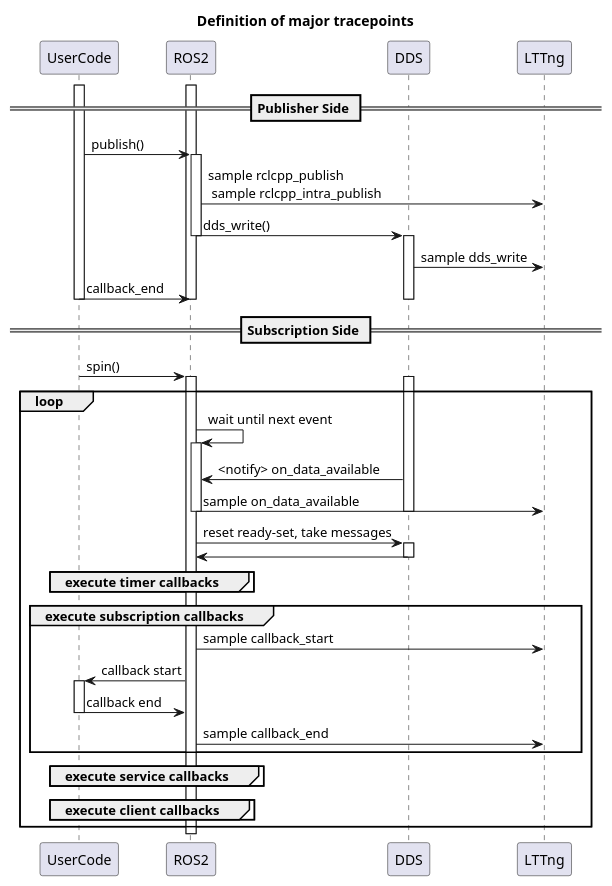
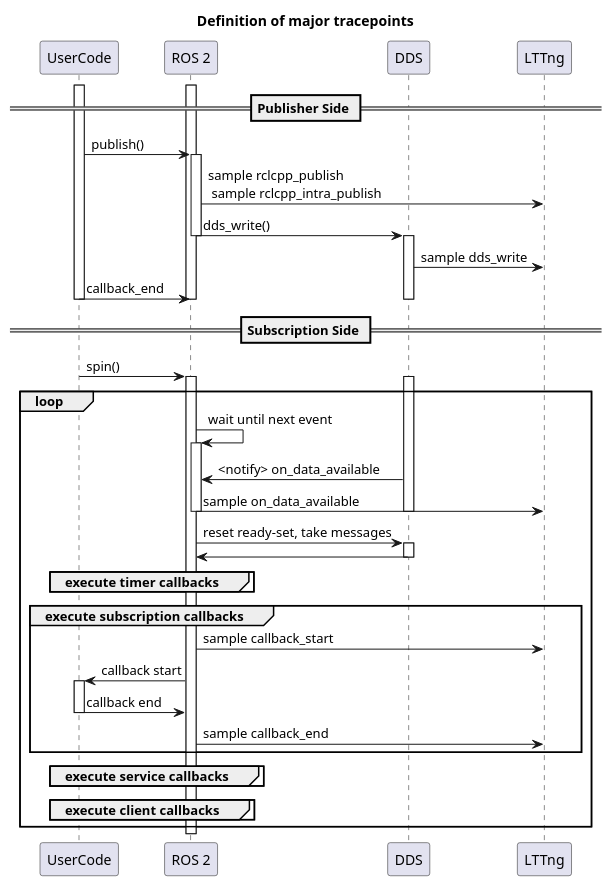
One commit to tier4/caret_doc changed the diagram in docs/design/event_and_latency_definitions/index.md. Above: the diagram before and after it, drawn with PlantUML. The commit also changed 1 other file, not shown here.

Commit message:
Fix: word changes ROS2 to ROS 2

````diff
--- a/docs/design/event_and_latency_definitions/index.md
+++ b/docs/design/event_and_latency_definitions/index.md
@@ -55,70 +55,70 @@
 ```plantuml
 @startuml
 title: Definition of major tracepoints
 
 participant UserCode
-participant ROS2
+participant "ROS 2"
 participant DDS
 participant LTTng
 
 == Publisher Side ==
 
-activate ROS2
+activate "ROS 2"
 activate UserCode
-UserCode -> ROS2: publish()
-activate ROS2
-ROS2 -> LTTng: sample rclcpp_publish \n sample rclcpp_intra_publish
+UserCode -> "ROS 2": publish()
+activate "ROS 2"
+"ROS 2" -> LTTng: sample rclcpp_publish \n sample rclcpp_intra_publish
 
 
-ROS2 -> DDS: dds_write()
-deactivate ROS2
+"ROS 2" -> DDS: dds_write()
+deactivate "ROS 2"
 activate DDS
 DDS -> LTTng: sample dds_write
 
-UserCode -> ROS2 : callback_end
+UserCode -> "ROS 2" : callback_end
 deactivate UserCode
-deactivate ROS2
+deactivate "ROS 2"
 deactivate DDS
 
 
 == Subscription Side ==
 
-UserCode -> ROS2 : spin()
+UserCode -> "ROS 2" : spin()
 activate DDS
-activate ROS2
+activate "ROS 2"
 
 loop
-    ROS2 -> ROS2 : wait until next event
-    activate ROS2
-    DDS -> ROS2: <notify> on_data_available
-    ROS2 -> LTTng : sample on_data_available
-    deactivate ROS2
+    "ROS 2" -> "ROS 2" : wait until next event
+    activate "ROS 2"
+    DDS -> "ROS 2": <notify> on_data_available
+    "ROS 2" -> LTTng : sample on_data_available
+    deactivate "ROS 2"
 
     deactivate DDS
-    ROS2 -> DDS : reset ready-set, take messages
+    "ROS 2" -> DDS : reset ready-set, take messages
     activate DDS
-    DDS -> ROS2
+    DDS -> "ROS 2"
     deactivate DDS
 
     group execute timer callbacks
     end
 
     group execute subscription callbacks
-        ROS2 -> LTTng: sample callback_start
-        ROS2 -> UserCode: callback start
+        "ROS 2" -> LTTng: sample callback_start
+        "ROS 2" -> UserCode: callback start
         activate UserCode
-        UserCode -> ROS2: callback end
+        UserCode -> "ROS 2": callback end
         deactivate UserCode
-        ROS2 -> LTTng: sample callback_end
+        "ROS 2" -> LTTng: sample callback_end
     end
 
     group execute service callbacks
     end
 
     group execute client callbacks
     end
 end
 
-deactivate ROS2
+deactivate "ROS 2"
 @enduml
 ```
````
